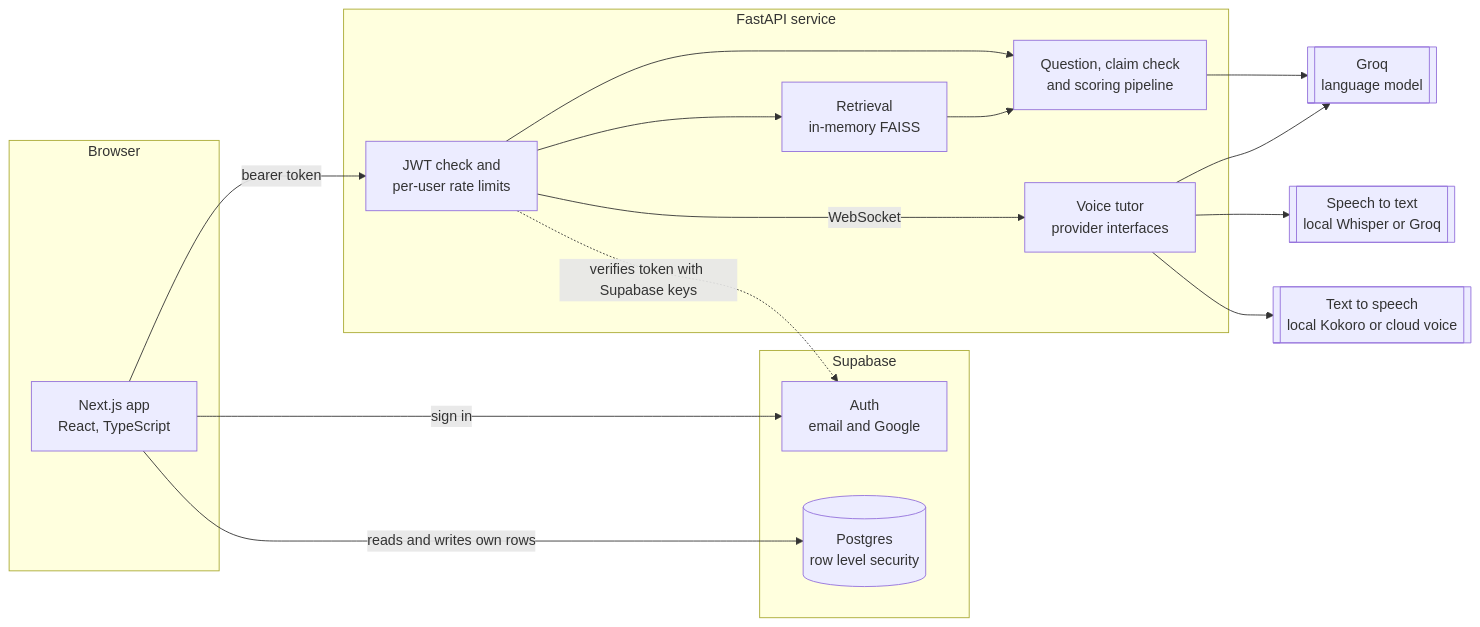
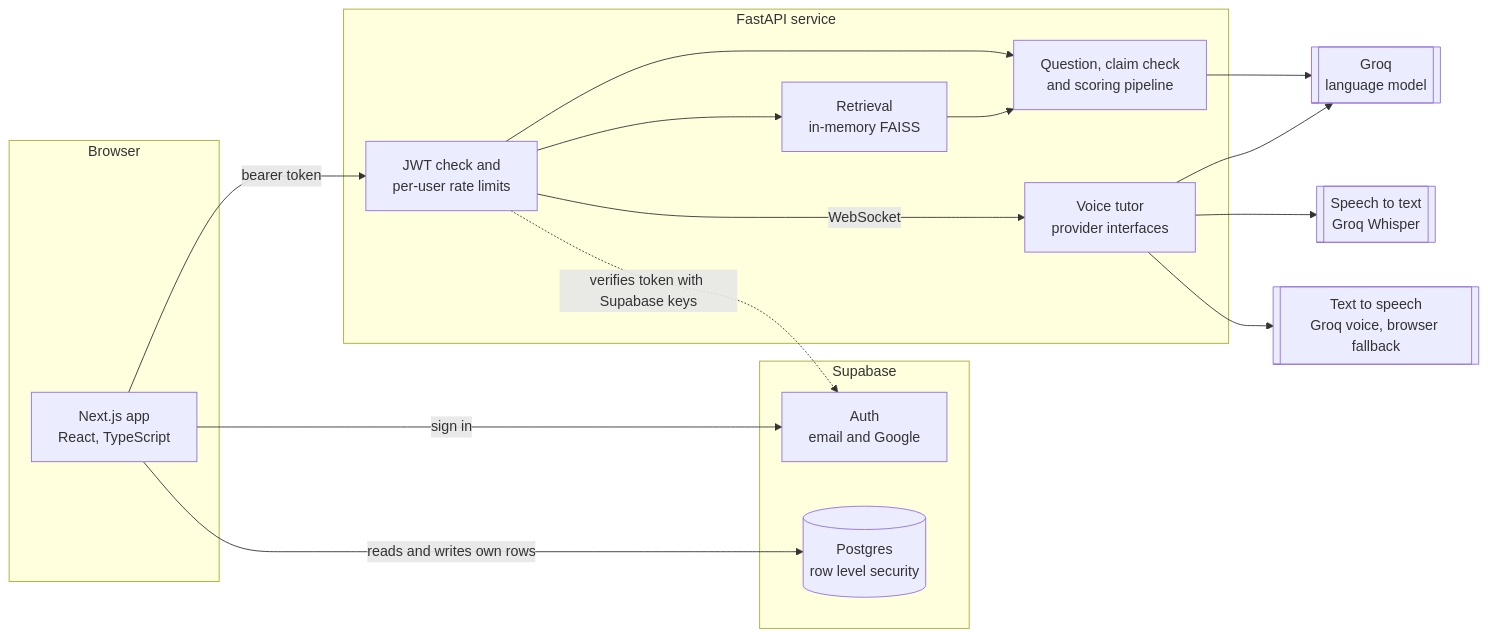
One commit to SuyashVJain/prepwise changed the first of 2 diagrams in docs/ARCHITECTURE.md. Above: the diagram before and after it, drawn with Mermaid. The commit also changed other lines of this file and 6 other files, not shown here.

Commit message:
Default voice settings to cloud with no preload, and update the docs to match production

````diff
--- a/docs/ARCHITECTURE.md
+++ b/docs/ARCHITECTURE.md
@@ -7,32 +7,32 @@
 ```mermaid
 flowchart LR
   subgraph Browser
     UI[Next.js app<br/>React, TypeScript]
   end
   subgraph Supabase
     AUTH[Auth<br/>email and Google]
     PG[(Postgres<br/>row level security)]
   end
   subgraph API[FastAPI service]
     GUARD[JWT check and<br/>per-user rate limits]
     RAG[Retrieval<br/>in-memory FAISS]
     SCORE[Question, claim check<br/>and scoring pipeline]
     VOICE[Voice tutor<br/>provider interfaces]
   end
   LLM[[Groq<br/>language model]]
-  STT[[Speech to text<br/>local Whisper or Groq]]
-  TTS[[Text to speech<br/>local Kokoro or cloud voice]]
+  STT[[Speech to text<br/>Groq Whisper]]
+  TTS[[Text to speech<br/>Groq voice, browser fallback]]
 
   UI -- sign in --> AUTH
   UI -- reads and writes own rows --> PG
   UI -- bearer token --> GUARD
   GUARD --> RAG
   GUARD --> SCORE
   GUARD -- WebSocket --> VOICE
   RAG --> SCORE
   SCORE --> LLM
   VOICE --> LLM
   VOICE --> STT
   VOICE --> TTS
   GUARD -. verifies token with Supabase keys .-> AUTH
 ```
````
